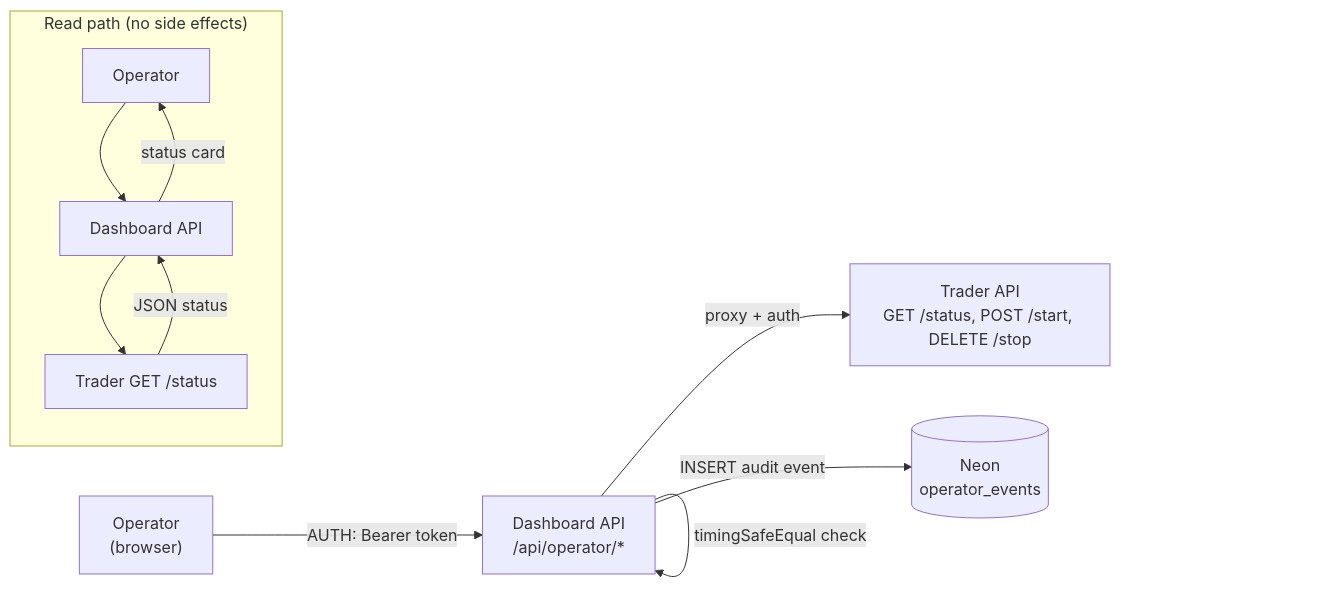
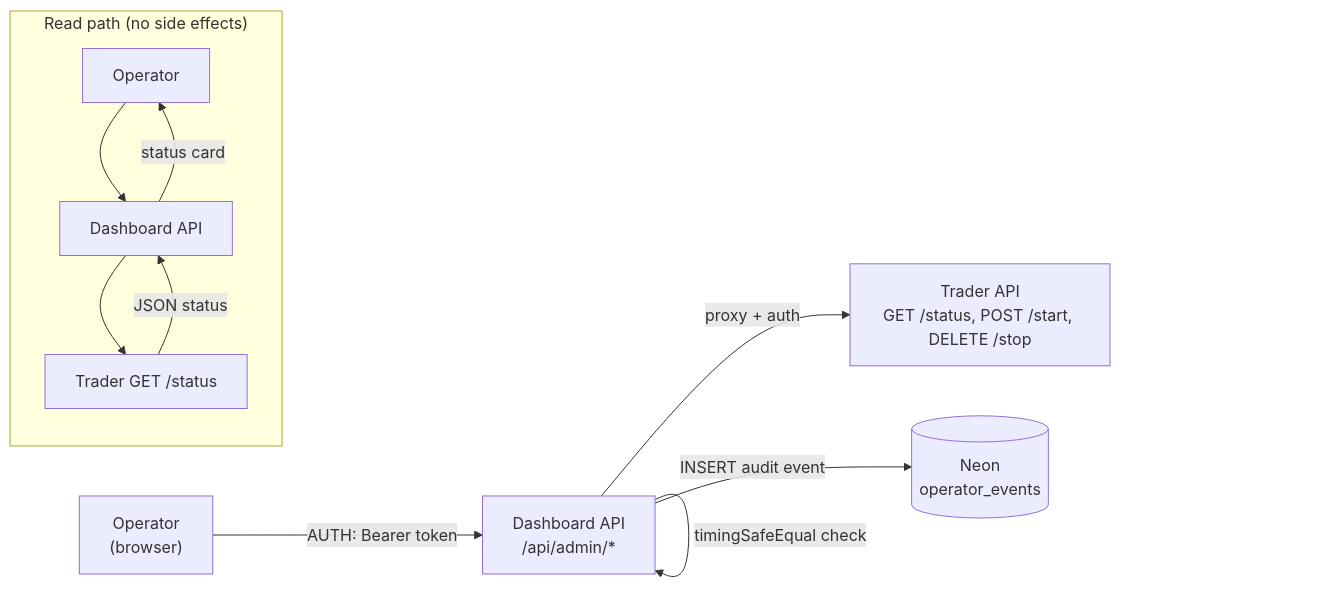
Before and after one commit to Fato07/prism: the ninth of 9 diagrams in docs/architecture.md, drawn with Mermaid. The commit also changed other lines of this file, not shown here.

Commit message:
docs(architecture): fix wrong file paths for admin routes and auth module

````diff
--- a/docs/architecture.md
+++ b/docs/architecture.md
@@ -908,19 +908,19 @@
 ```mermaid
 flowchart LR
     Op["Operator<br/>(browser)"]
-    DashAPI["Dashboard API<br/>/api/operator/*"]
+    DashAPI["Dashboard API<br/>/api/admin/*"]
     TraderAPI["Trader API<br/>GET /status, POST /start, DELETE /stop"]
     Neon[("Neon<br/>operator_events")]
 
     Op -- "AUTH: Bearer token" --> DashAPI
     DashAPI -- "timingSafeEqual check" --> DashAPI
     DashAPI -- "proxy + auth" --> TraderAPI
     DashAPI -- "INSERT audit event" --> Neon
 
     subgraph "Read path (no side effects)"
         Op2["Operator"] --> DashAPI2["Dashboard API"]
         DashAPI2 --> TraderAPI2["Trader GET /status"]
         TraderAPI2 -- "JSON status" --> DashAPI2
         DashAPI2 -- "status card" --> Op2
     end
 ```
````
